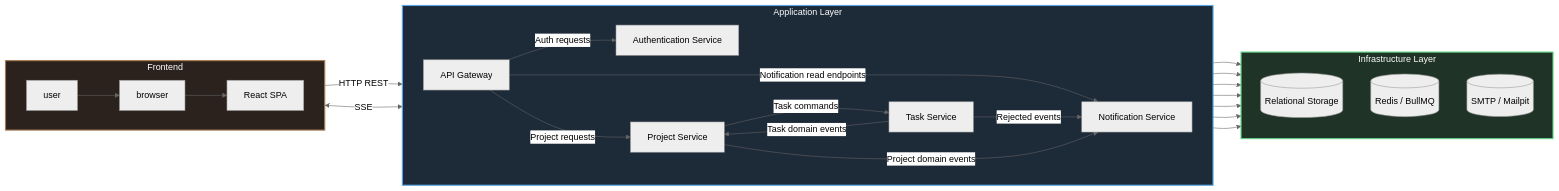
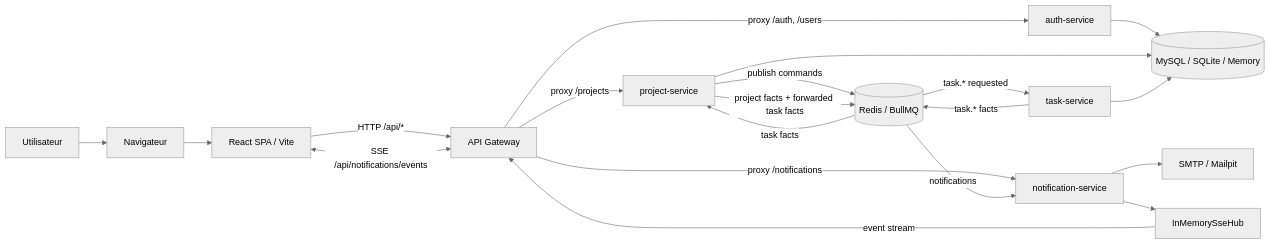
The first of 5 diagrams in docs/technical/architecture.md (Tres7/projet-archi-to-do-list), drawn with Mermaid (neutral theme) before and after one commit. The commit also changed other lines of this file and 9 other files, not shown here.

````diff
--- a/docs/technical/architecture.md
+++ b/docs/technical/architecture.md
@@ -17,52 +11,27 @@
 ```mermaid
 flowchart LR
-    subgraph FRONT["Frontend"]
-        direction LR
-        U[user]
-        C[browser]
-        FE[React SPA]
-        U --> C --> FE
-    end
+    User[Utilisateur] --> Browser[Navigateur]
+    Browser --> Client[React SPA / Vite]
 
-    subgraph APP["Application Layer"]
-        direction LR
-        GW[API Gateway]
-        AS[Authentication Service]
-        PS[Project Service]
-        TS[Task Service]
-        NS[Notification Service]
-    end
+    Client -->|HTTP /api/*| Gateway[API Gateway]
+    Client <-->|SSE /api/notifications/events| Gateway
 
-    subgraph INFRA["Infrastructure Layer"]
-        direction TB
-        DB[(Relational Storage)]
-        R[(Redis / BullMQ)]
-        SMTP[(SMTP / Mailpit)]
-    end
+    Gateway -->|proxy /auth, /users| Auth[auth-service]
+    Gateway -->|proxy /projects| Project[project-service]
+    Gateway -->|proxy /notifications| Notification[notification-service]
 
-    FE -->|HTTP REST| GW
-    FE <-->|SSE| NS
+    Project -->|publish commands| Redis[(Redis / BullMQ)]
+    Redis -->|task.* requested| Task[task-service]
+    Task -->|task.* facts| Redis
+    Redis -->|task facts| Project
+    Project -->|project facts + forwarded task facts| Redis
+    Redis -->|notifications| Notification
 
-    GW -->|Auth requests| AS
-    GW -->|Project requests| PS
-    GW -->|Notification read endpoints| NS
+    Auth --> Storage[(MySQL / SQLite / Memory)]
+    Project --> Storage
+    Task --> Storage
 
-    PS -->|Task commands| TS
-    TS -->|Task domain events| PS
-    TS -->|Rejected events| NS
-    PS -->|Project domain events| NS
-
-    AS --> DB
-    PS --> DB
-    TS --> DB
-
-    PS --> R
-    TS --> R
-    NS --> R
-
-    NS --> SMTP
-
-    style FRONT fill:#2b211d,stroke:#a67c52,stroke-width:2px,color:#fff
-    style APP fill:#1d2a38,stroke:#5aa9e6,stroke-width:2px,color:#fff
-    style INFRA fill:#1f3327,stroke:#5fcf80,stroke-width:2px,color:#fff
+    Notification --> Mailpit[SMTP / Mailpit]
+    Notification --> SseHub[InMemorySseHub]
+    SseHub -->|event stream| Gateway
 ```
````
